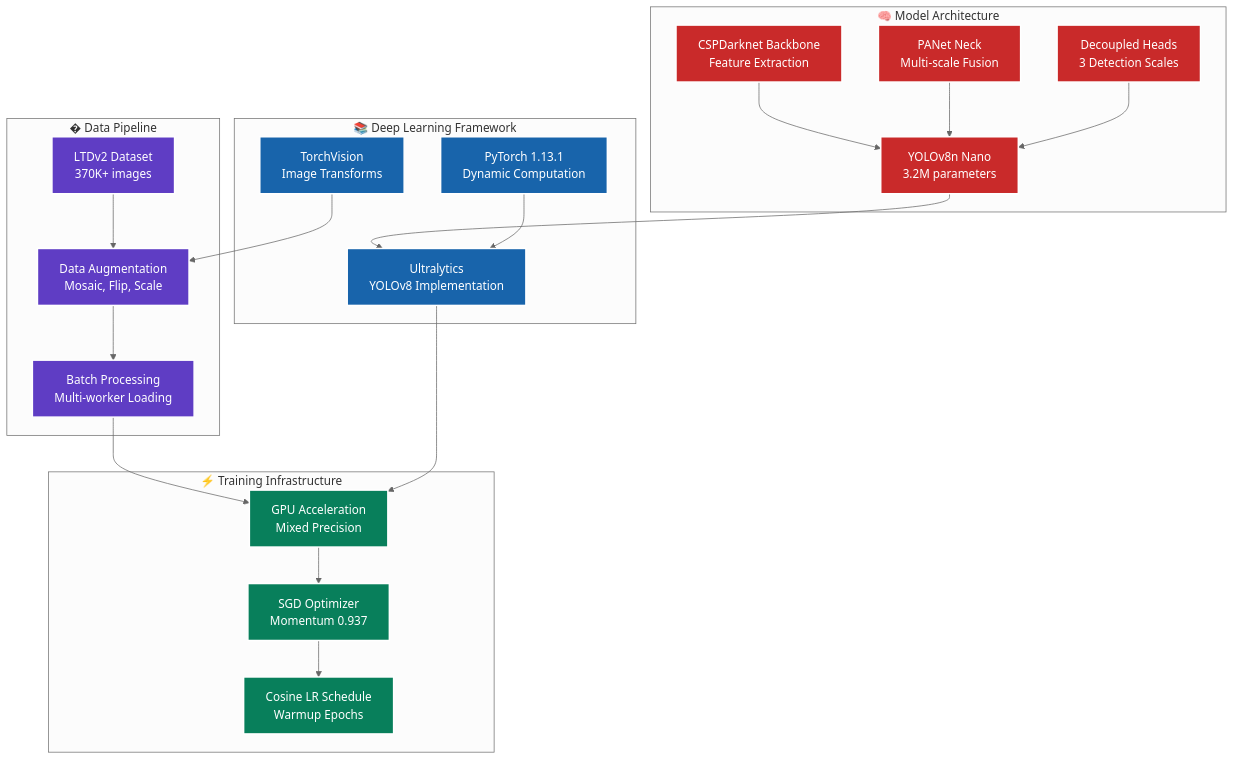
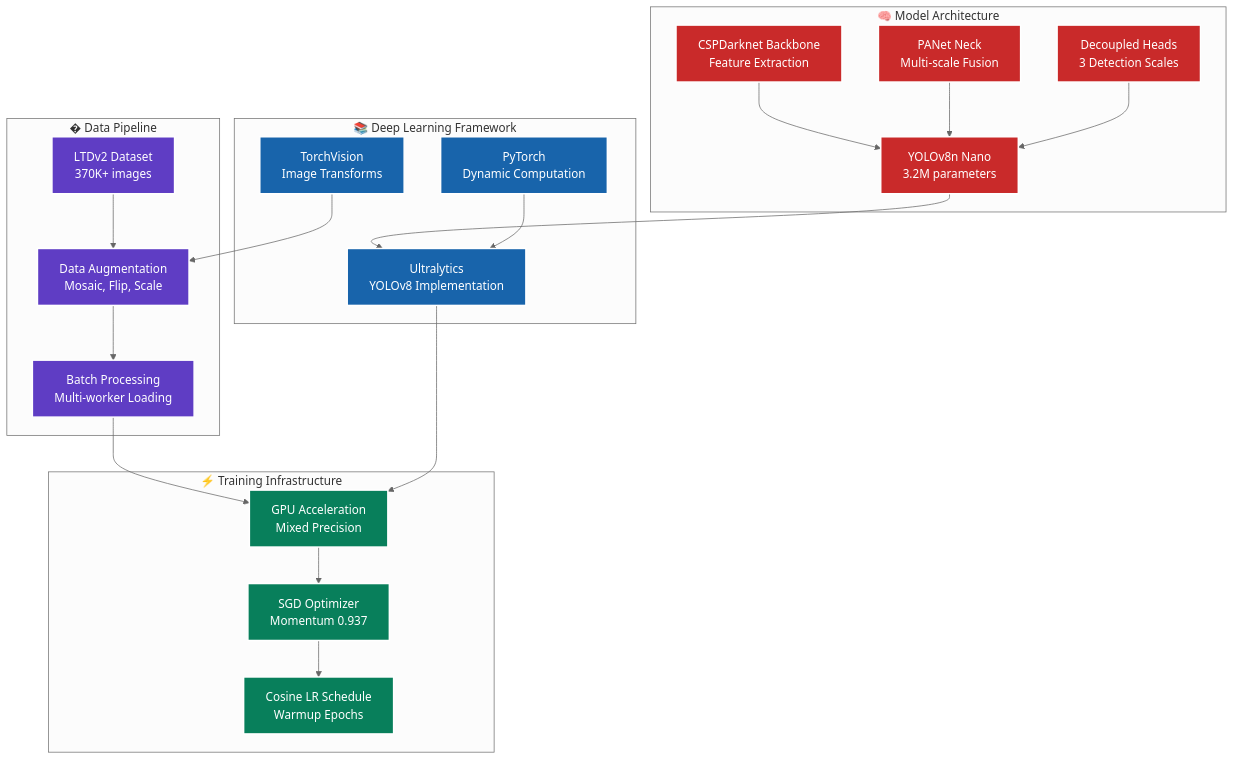
One commit to hkevin01/robust-thermal-image-object-detection changed the second of 4 diagrams in README.md. Above: the diagram before and after it, drawn with Mermaid (neutral theme). The commit also changed other lines of this file and 13 other files, not shown here.

````diff
--- a/README.md
+++ b/README.md
@@ -158,54 +157,54 @@
 ```mermaid
 graph TB
     subgraph "🧠 Model Architecture"
         M1[YOLOv8n Nano<br/>3.2M parameters]
         M2[CSPDarknet Backbone<br/>Feature Extraction]
         M3[PANet Neck<br/>Multi-scale Fusion]
         M4[Decoupled Heads<br/>3 Detection Scales]
     end
     
     subgraph "📚 Deep Learning Framework"
-        D1[PyTorch 1.13.1<br/>Dynamic Computation]
+        D1[PyTorch<br/>Dynamic Computation]
         D2[TorchVision<br/>Image Transforms]
         D3[Ultralytics<br/>YOLOv8 Implementation]
     end
     
     subgraph "� Data Pipeline"
         P1[LTDv2 Dataset<br/>370K+ images]
         P2[Data Augmentation<br/>Mosaic, Flip, Scale]
         P3[Batch Processing<br/>Multi-worker Loading]
     end
     
     subgraph "⚡ Training Infrastructure"
         T1[GPU Acceleration<br/>Mixed Precision]
         T2[SGD Optimizer<br/>Momentum 0.937]
         T3[Cosine LR Schedule<br/>Warmup Epochs]
     end
     
     M1 --> D3
     M2 --> M1
     M3 --> M1
     M4 --> M1
     D1 --> D3
     D2 --> P2
     P1 --> P2
     P2 --> P3
     P3 --> T1
     D3 --> T1
     T1 --> T2
     T2 --> T3
     
     style M1 fill:#c92a2a,stroke:#fff,stroke-width:2px,color:#fff
     style M2 fill:#c92a2a,stroke:#fff,stroke-width:2px,color:#fff
     style M3 fill:#c92a2a,stroke:#fff,stroke-width:2px,color:#fff
     style M4 fill:#c92a2a,stroke:#fff,stroke-width:2px,color:#fff
     style D1 fill:#1864ab,stroke:#fff,stroke-width:2px,color:#fff
     style D2 fill:#1864ab,stroke:#fff,stroke-width:2px,color:#fff
     style D3 fill:#1864ab,stroke:#fff,stroke-width:2px,color:#fff
     style P1 fill:#5f3dc4,stroke:#fff,stroke-width:2px,color:#fff
     style P2 fill:#5f3dc4,stroke:#fff,stroke-width:2px,color:#fff
     style P3 fill:#5f3dc4,stroke:#fff,stroke-width:2px,color:#fff
     style T1 fill:#087f5b,stroke:#fff,stroke-width:2px,color:#fff
     style T2 fill:#087f5b,stroke:#fff,stroke-width:2px,color:#fff
     style T3 fill:#087f5b,stroke:#fff,stroke-width:2px,color:#fff
 ```
````
